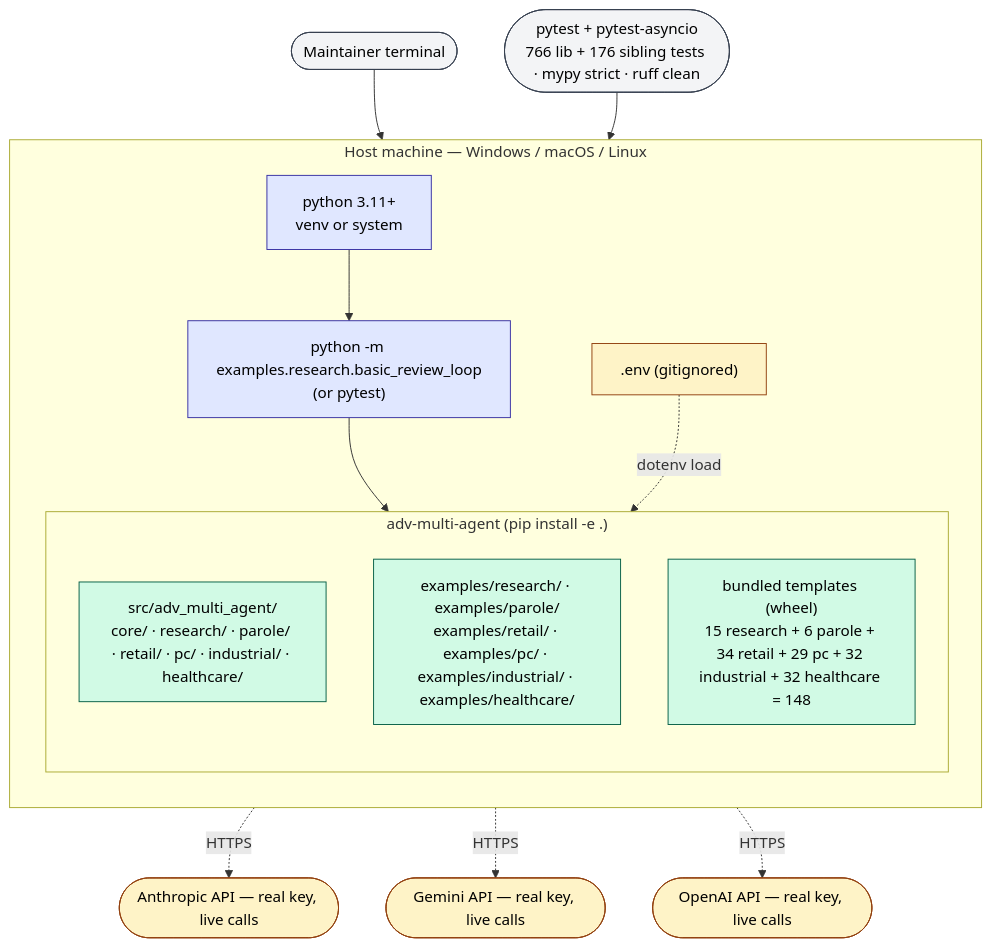
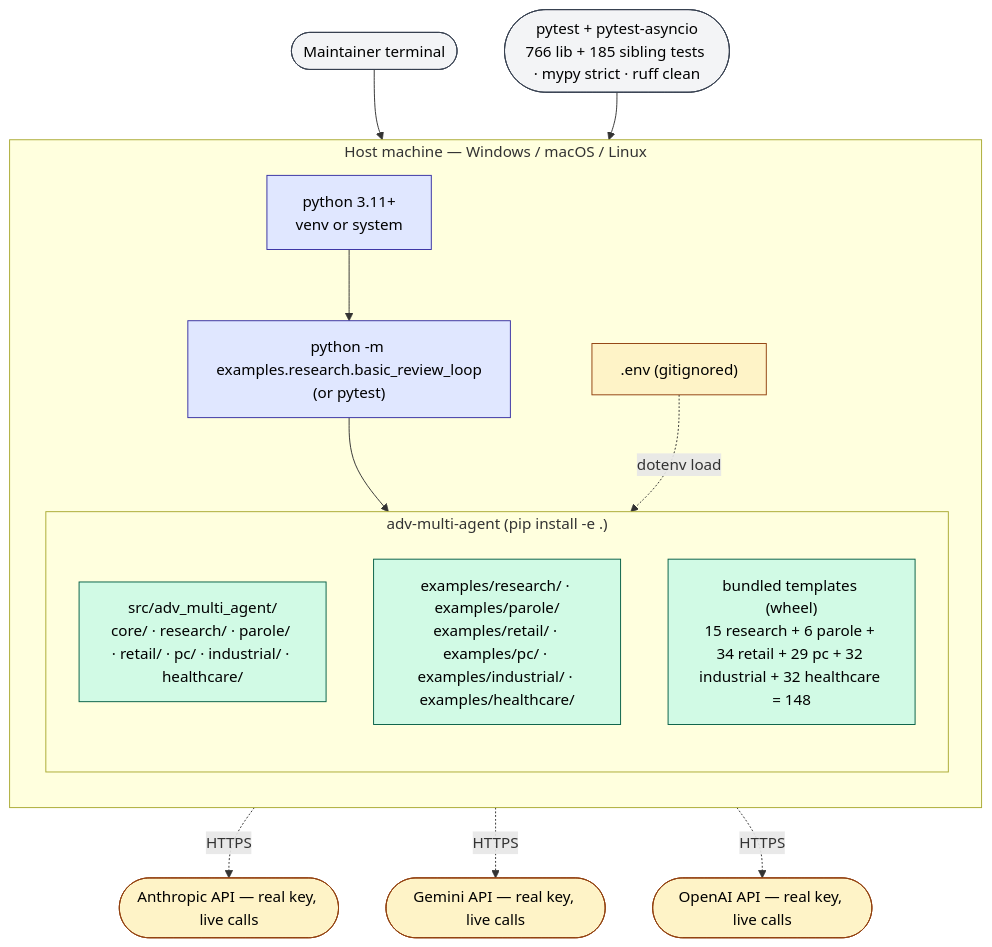
Before and after one commit to gmanch94/adversarial-multi-agent-lib: the second of 2 diagrams in docs/deployment-architecture.md, drawn with Mermaid. The commit also changed other lines of this file and 5 other files, not shown here.

First line of the commit message:
docs(tier-2.1d-doc-sweep): test counts 766- lib, 176- sibling + SECURITY_MODEL 2.1d summary [skip ci]

````diff
--- a/docs/deployment-architecture.md
+++ b/docs/deployment-architecture.md
@@ -135,37 +135,37 @@
 ```mermaid
 flowchart TB
     classDef proc fill:#e0e7ff,stroke:#3730a3,color:#000
     classDef lib fill:#d1fae5,stroke:#065f46,color:#000
     classDef ext fill:#fef3c7,stroke:#92400e,color:#000
     classDef user fill:#f3f4f6,stroke:#374151,color:#000
 
     Dev(["Maintainer terminal"]):::user
-    Pyt(["pytest + pytest-asyncio<br/>766 lib + 176 sibling tests · mypy strict · ruff clean"]):::user
+    Pyt(["pytest + pytest-asyncio<br/>766 lib + 185 sibling tests · mypy strict · ruff clean"]):::user
 
     subgraph Host["Host machine — Windows / macOS / Linux"]
         direction TB
         Py["python 3.11+<br/>venv or system"]:::proc
         EnvLocal[".env (gitignored)"]:::ext
         Example["python -m examples.research.basic_review_loop<br/>(or pytest)"]:::proc
 
         subgraph Pkg["adv-multi-agent (pip install -e .)"]
             direction TB
             Src["src/adv_multi_agent/<br/>core/ · research/ · parole/ · retail/ · pc/ · industrial/ · healthcare/"]:::lib
             Examples["examples/research/ · examples/parole/<br/>examples/retail/ · examples/pc/ · examples/industrial/ · examples/healthcare/"]:::lib
             SkillsDir["bundled templates (wheel)<br/>15 research + 6 parole + 34 retail + 29 pc + 32 industrial + 32 healthcare = 148"]:::lib
         end
     end
 
     Anthro(["Anthropic API — real key, live calls"]):::ext
     GeminiDev(["Gemini API — real key, live calls"]):::ext
     OAI(["OpenAI API — real key, live calls"]):::ext
 
     Dev --> Py
     Pyt --> Py
     Py --> Example
     Example --> Src
     EnvLocal -. dotenv load .-> Src
     Src -. HTTPS .-> Anthro
     Src -. HTTPS .-> GeminiDev
     Src -. HTTPS .-> OAI
 ```
````
